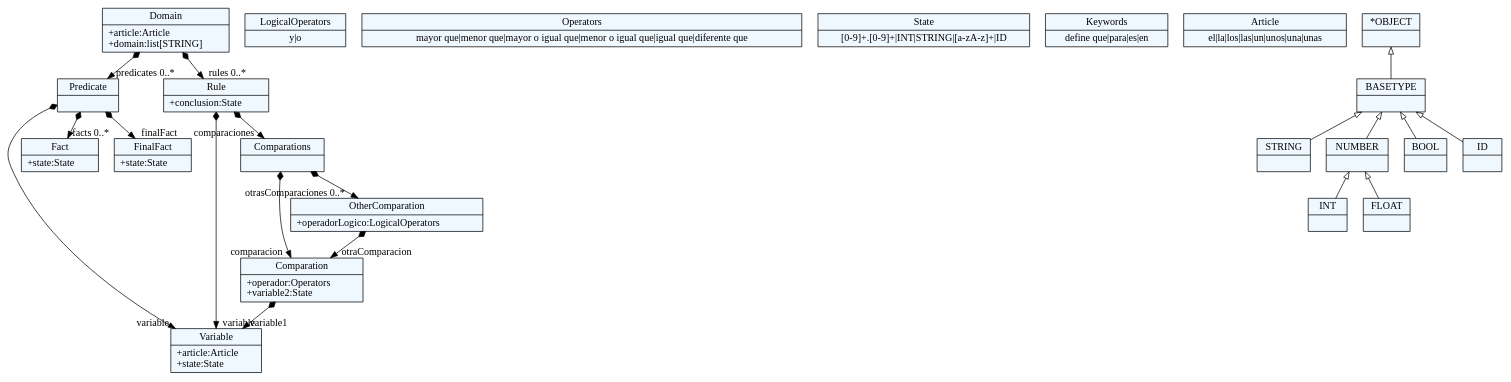
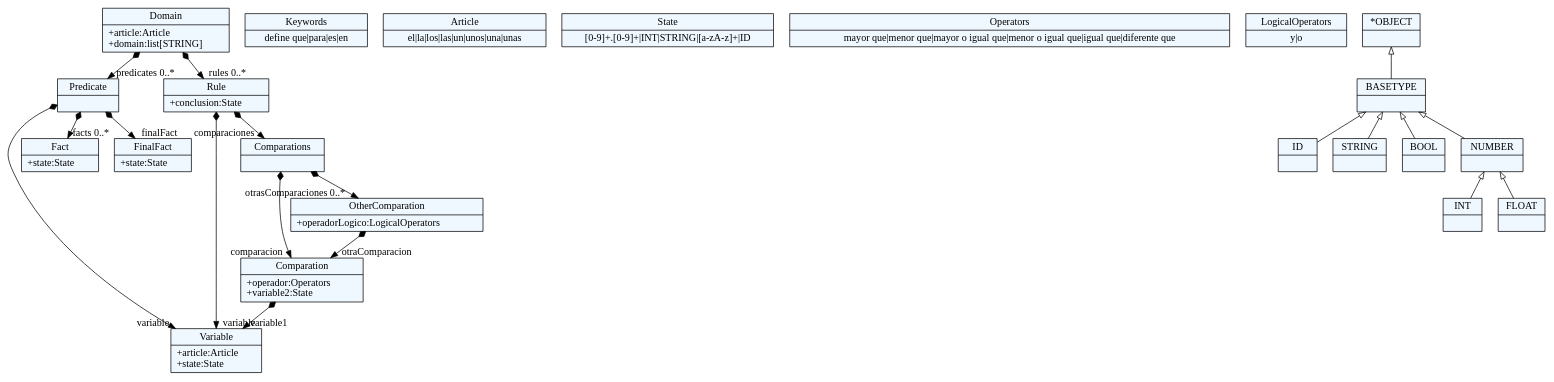
One commit to CarlosGutierrezArdila/DSL4UDRules changed the diagram in gramatica.tx.dot. Above: the diagram before and after it, drawn with Graphviz. The commit also changed 8 other files, not shown here.

```diff
--- a/gramatica.tx.dot
+++ b/gramatica.tx.dot
@@ -1,77 +1,77 @@
 
     digraph xtext {
     fontname = "Bitstream Vera Sans"
     fontsize = 8
     node[
         shape=record,
         style=filled,
         fillcolor=aliceblue
     ]
     nodesep = 0.3
     edge[dir=black,arrowtail=empty]
 
 
-94102247554256 -> 94102247777376[arrowtail=diamond, dir=both, headlabel="predicates 0..*"]
-94102247554256 -> 94102247869696[arrowtail=diamond, dir=both, headlabel="rules 0..*"]
-94102247554256[ label="{Domain|+article:Article\l+domain:list[STRING]\l}"]
+96314879160 -> 96315147784[arrowtail=diamond, dir=both, headlabel="predicates 0..*"]
+96314879160 -> 96315191208[arrowtail=diamond, dir=both, headlabel="rules 0..*"]
+96314879160[ label="{Domain|+article:Article\l+domain:list[STRING]\l}"]
 
-94102247829808 -> 94102247566864[arrowtail=diamond, dir=both, headlabel="variable1 "]
-94102247829808[ label="{Comparation|+operador:Operators\l+variable2:State\l}"]
+96314862552[ label="{Keywords|define que\|para\|es\|en}"]
 
-94102247841856[ label="{LogicalOperators|y\|o}"]
+96315137896[ label="{Article|el\|la\|los\|las\|un\|unos\|una\|unas}"]
 
-94102247818256[ label="{Operators|mayor que\|menor que\|mayor o igual que\|menor o igual que\|igual que\|diferente que}"]
+96315142840[ label="{Variable|+article:Article\l+state:State\l}"]
 
-94102247859776 -> 94102247829808[arrowtail=diamond, dir=both, headlabel="comparacion "]
-94102247859776 -> 94102247849984[arrowtail=diamond, dir=both, headlabel="otrasComparaciones 0..*"]
-94102247859776[ label="{Comparations|}"]
+96315147784 -> 96315142840[arrowtail=diamond, dir=both, headlabel="variable "]
+96315147784 -> 96315152728[arrowtail=diamond, dir=both, headlabel="facts 0..*"]
+96315147784 -> 96312923064[arrowtail=diamond, dir=both, headlabel="finalFact "]
+96315147784[ label="{Predicate|}"]
 
-94102247777376 -> 94102247566864[arrowtail=diamond, dir=both, headlabel="variable "]
-94102247777376 -> 94102247788640[arrowtail=diamond, dir=both, headlabel="facts 0..*"]
-94102247777376 -> 94102247799904[arrowtail=diamond, dir=both, headlabel="finalFact "]
-94102247777376[ label="{Predicate|}"]
+96315152728[ label="{Fact|+state:State\l}"]
 
-94102247869696 -> 94102247859776[arrowtail=diamond, dir=both, headlabel="comparaciones "]
-94102247869696 -> 94102247566864[arrowtail=diamond, dir=both, headlabel="variable "]
-94102247869696[ label="{Rule|+conclusion:State\l}"]
+96312923064[ label="{FinalFact|+state:State\l}"]
 
-94102247566864[ label="{Variable|+article:Article\l+state:State\l}"]
+96312928008[ label="{State|[0-9]+.[0-9]+\|INT\|STRING\|[a-zA-z]+\|ID}"]
 
-94102247808816[ label="{State|[0-9]+.[0-9]+\|INT\|STRING\|[a-zA-z]+\|ID}"]
+96315155672[ label="{Operators|mayor que\|menor que\|mayor o igual que\|menor o igual que\|igual que\|diferente que}"]
 
-94102247750160[ label="{Keywords|define que\|para\|es\|en}"]
+96315140840 -> 96315142840[arrowtail=diamond, dir=both, headlabel="variable1 "]
+96315140840[ label="{Comparation|+operador:Operators\l+variable2:State\l}"]
 
-94102247760080[ label="{Article|el\|la\|los\|las\|un\|unos\|una\|unas}"]
+96314930280[ label="{LogicalOperators|y\|o}"]
 
-94102247799904[ label="{FinalFact|+state:State\l}"]
+96315180136 -> 96315140840[arrowtail=diamond, dir=both, headlabel="otraComparacion "]
+96315180136[ label="{OtherComparation|+operadorLogico:LogicalOperators\l}"]
 
-94102247849984 -> 94102247829808[arrowtail=diamond, dir=both, headlabel="otraComparacion "]
-94102247849984[ label="{OtherComparation|+operadorLogico:LogicalOperators\l}"]
+96315185672 -> 96315140840[arrowtail=diamond, dir=both, headlabel="comparacion "]
+96315185672 -> 96315180136[arrowtail=diamond, dir=both, headlabel="otrasComparaciones 0..*"]
+96315185672[ label="{Comparations|}"]
 
-94102247788640[ label="{Fact|+state:State\l}"]
+96315191208 -> 96315185672[arrowtail=diamond, dir=both, headlabel="comparaciones "]
+96315191208 -> 96315142840[arrowtail=diamond, dir=both, headlabel="variable "]
+96315191208[ label="{Rule|+conclusion:State\l}"]
 
-94102247573872[ label="{*OBJECT|}"]
-94102247573872 -> 94102247568880 [dir=back]
+96314859016[ label="{ID|}"]
 
-94102247203456[ label="{STRING|}"]
+96314864552[ label="{STRING|}"]
 
-94102247568880[ label="{BASETYPE|}"]
-94102247568880 -> 94102247563888 [dir=back]
-94102247568880 -> 94102247555312 [dir=back]
-94102247568880 -> 94102247523488 [dir=back]
-94102247568880 -> 94102247203456 [dir=back]
+96314870088[ label="{BOOL|}"]
 
-94102247561088[ label="{INT|}"]
+96314875624[ label="{INT|}"]
 
-94102247201440[ label="{FLOAT|}"]
+96314881160[ label="{FLOAT|}"]
 
-94102247563888[ label="{NUMBER|}"]
-94102247563888 -> 94102247201440 [dir=back]
-94102247563888 -> 94102247561088 [dir=back]
+96314932280[ label="{NUMBER|}"]
+96314932280 -> 96314881160 [dir=back]
+96314932280 -> 96314875624 [dir=back]
 
-94102247555312[ label="{BOOL|}"]
+96314937224[ label="{BASETYPE|}"]
+96314937224 -> 96314932280 [dir=back]
+96314937224 -> 96314870088 [dir=back]
+96314937224 -> 96314859016 [dir=back]
+96314937224 -> 96314864552 [dir=back]
 
-94102247523488[ label="{ID|}"]
+96314943352[ label="{*OBJECT|}"]
+96314943352 -> 96314937224 [dir=back]
 
 
 }
```
